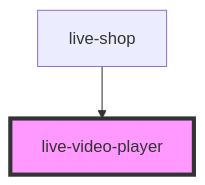
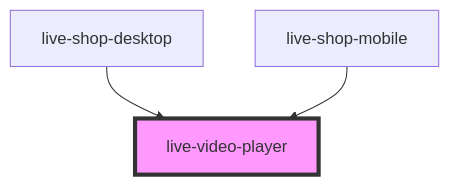
The diagram in src/components/ui/live-video-player/readme.md (commerce-suite/storefront-components), drawn with Mermaid before and after one commit. The commit also changed other lines of this file and 14 other files, not shown here.

Commit message:
refactor: criação de componentes separados para visualização mobile/desktop

````diff
--- a/src/components/ui/live-video-player/readme.md
+++ b/src/components/ui/live-video-player/readme.md
@@ -30,5 +31,6 @@
 ```mermaid
 graph TD;
-  live-shop --> live-video-player
+  live-shop-desktop --> live-video-player
+  live-shop-mobile --> live-video-player
   style live-video-player fill:#f9f,stroke:#333,stroke-width:4px
 ```
````
